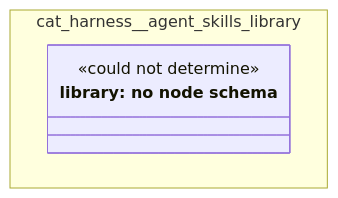
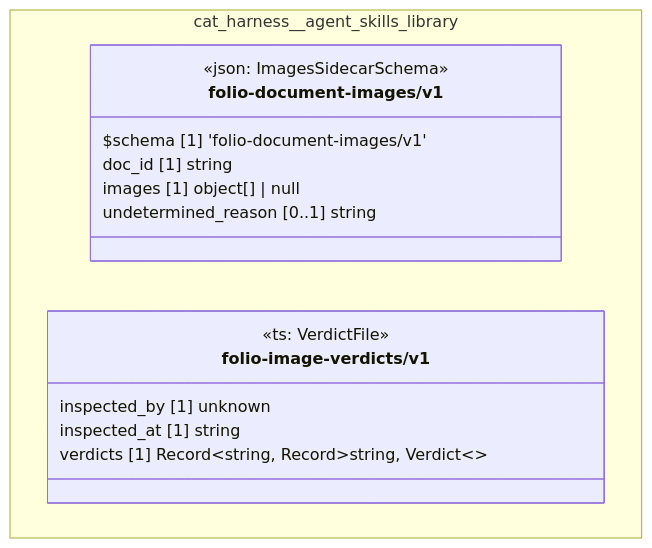
One commit to litlfred/folio-assistant changed the diagram in cat-harness/docs/uml/overview/cat-harness/agent-skills-library.md. Above: the diagram before and after it, drawn with Mermaid. The commit also changed other lines of this file and 220 other files, not shown here.

First line of the commit message:
quda: register node schemas for the graph kinds that had none

````diff
--- a/cat-harness/docs/uml/overview/cat-harness/agent-skills-library.md
+++ b/cat-harness/docs/uml/overview/cat-harness/agent-skills-library.md
@@ -12,11 +12,21 @@
 ```mermaid
 classDiagram
   direction TB
   namespace cat_harness__agent_skills_library {
-    class n_cat_harness_agent_skills_library_library["library: no node schema"] {
-      <<could not determine>>
+    class cat_harness_agent_skills_library_folio_document_images_v1_folio_document_images_v1["folio-document-images/v1"] {
+      <<json: ImagesSidecarSchema>>
+      $schema [1] 'folio-document-images/v1'
+      doc_id [1] string
+      images [1] object[] | null
+      undetermined_reason [0..1] string
+    }
+    class cat_harness_agent_skills_library_folio_image_verdicts_v1["folio-image-verdicts/v1"] {
+      <<ts: VerdictFile>>
+      inspected_by [1] unknown
+      inspected_at [1] string
+      verdicts [1] Record~string, Record~string, Verdict~~
     }
   }
-  cssClass "n_cat_harness_agent_skills_library_library" fa_uml_kind_library
-  cssClass "n_cat_harness_agent_skills_library_library" fa_uml_undetermined
+  cssClass "cat_harness_agent_skills_library_folio_document_images_v1_folio_document_images_v1" fa_uml_kind_library
+  cssClass "cat_harness_agent_skills_library_folio_image_verdicts_v1" fa_uml_kind_library
 ```
````
